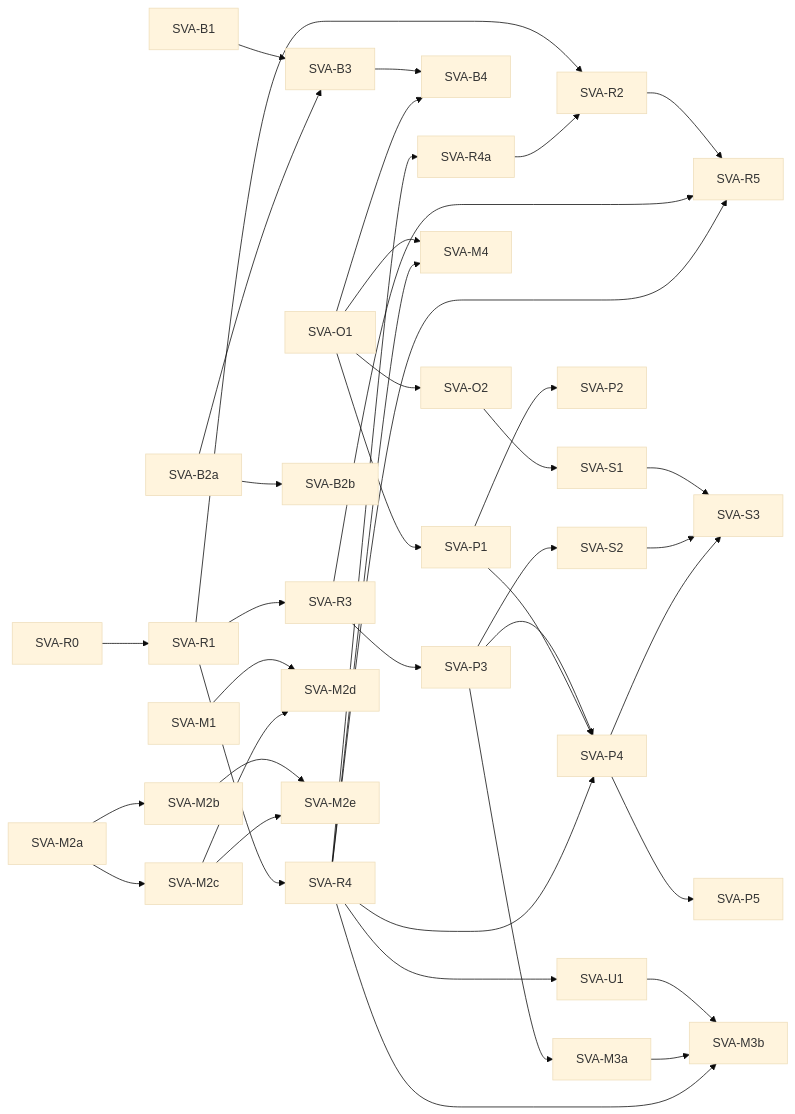
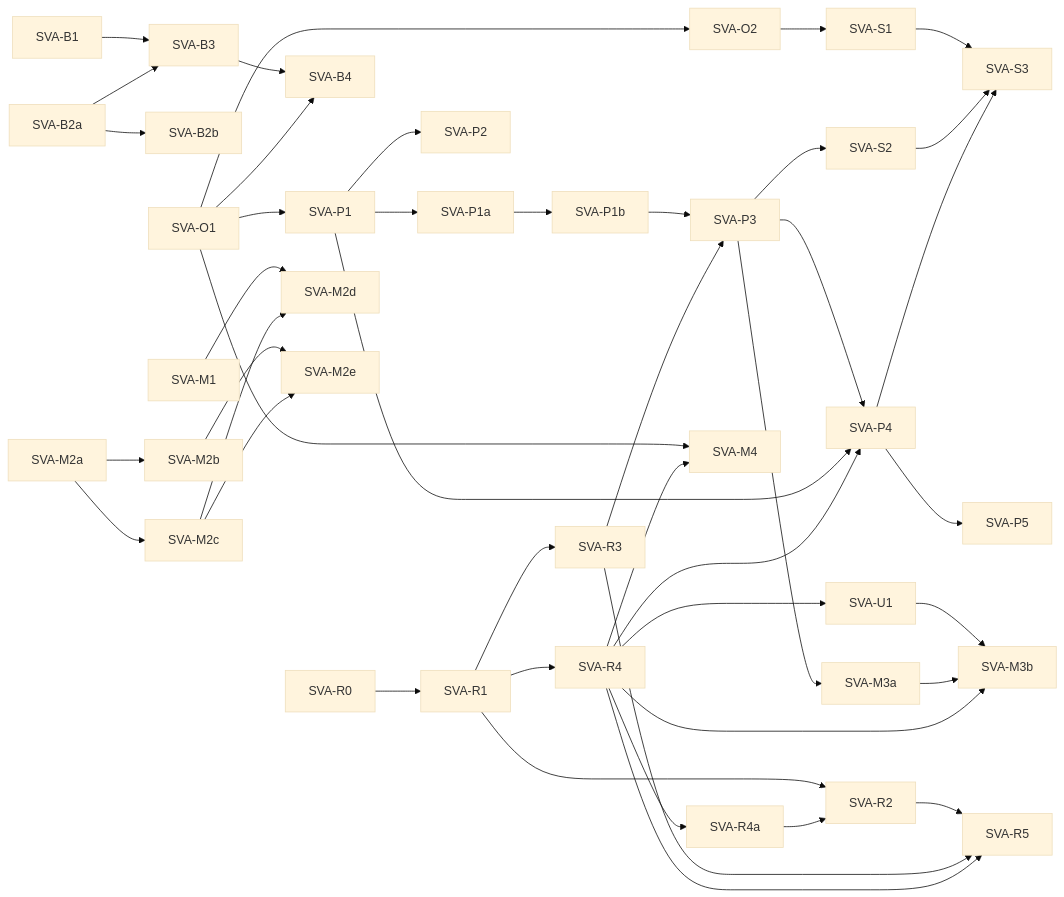
One commit to nebularis/lattice changed the diagram in docs/developer/plans/studio-visual-authoring.md. Above: the diagram before and after it, drawn with Mermaid (base theme). The commit also changed other lines of this file and 3 other files, not shown here.

````diff
--- a/docs/developer/plans/studio-visual-authoring.md
+++ b/docs/developer/plans/studio-visual-authoring.md
@@ -132,43 +134,46 @@
 ```mermaid
 flowchart LR
     R0["SVA-R0"] --> R1["SVA-R1"]
     R1 --> R2["SVA-R2"]
     R1 --> R3["SVA-R3"]
     R1 --> R4["SVA-R4"]
     R4 --> R4a["SVA-R4a"]
     R4 --> U1["SVA-U1"]
     U1 --> M3b
     R4a --> R2
     R2 --> R5["SVA-R5"]
     R3 --> R5
     R4 --> R5
     B1["SVA-B1"] --> B3["SVA-B3"]
     B2a["SVA-B2a"] --> B2b["SVA-B2b"]
     B2a --> B3
     B3 --> B4["SVA-B4"]
     O1["SVA-O1"] --> O2["SVA-O2"]
     O1 --> B4
     O1 --> P1["SVA-P1"]
     O1 --> M4["SVA-M4"]
     O2 --> S1["SVA-S1"]
     P1 --> P2["SVA-P2"]
+    P1 --> P1a["SVA-P1a"]
+    P1a --> P1b["SVA-P1b"]
+    P1b --> P3
     R3 --> P3["SVA-P3"]
     P3 --> P4["SVA-P4"]
     P1 --> P4
     R4 --> P4
     P3 --> S2["SVA-S2"]
     S1 --> S3["SVA-S3"]
     S2 --> S3
     P4 --> S3
     P4 --> P5["SVA-P5"]
     M1["SVA-M1"] --> M2d["SVA-M2d"]
     M2a["SVA-M2a"] --> M2b["SVA-M2b"]
     M2a --> M2c["SVA-M2c"]
     M2c --> M2d
     M2b --> M2e["SVA-M2e"]
     M2c --> M2e
     P3 --> M3a["SVA-M3a"]
     M3a --> M3b["SVA-M3b"]
     R4 --> M3b
     R4 --> M4
 ```
````
